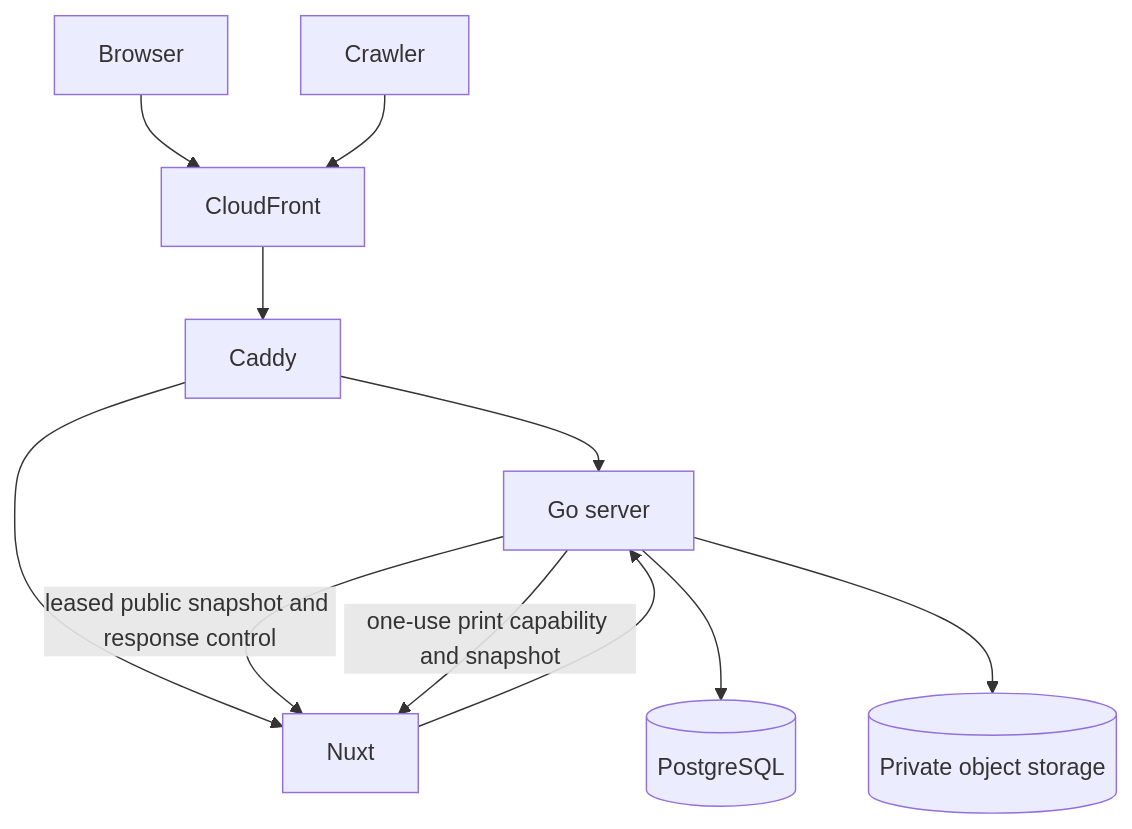
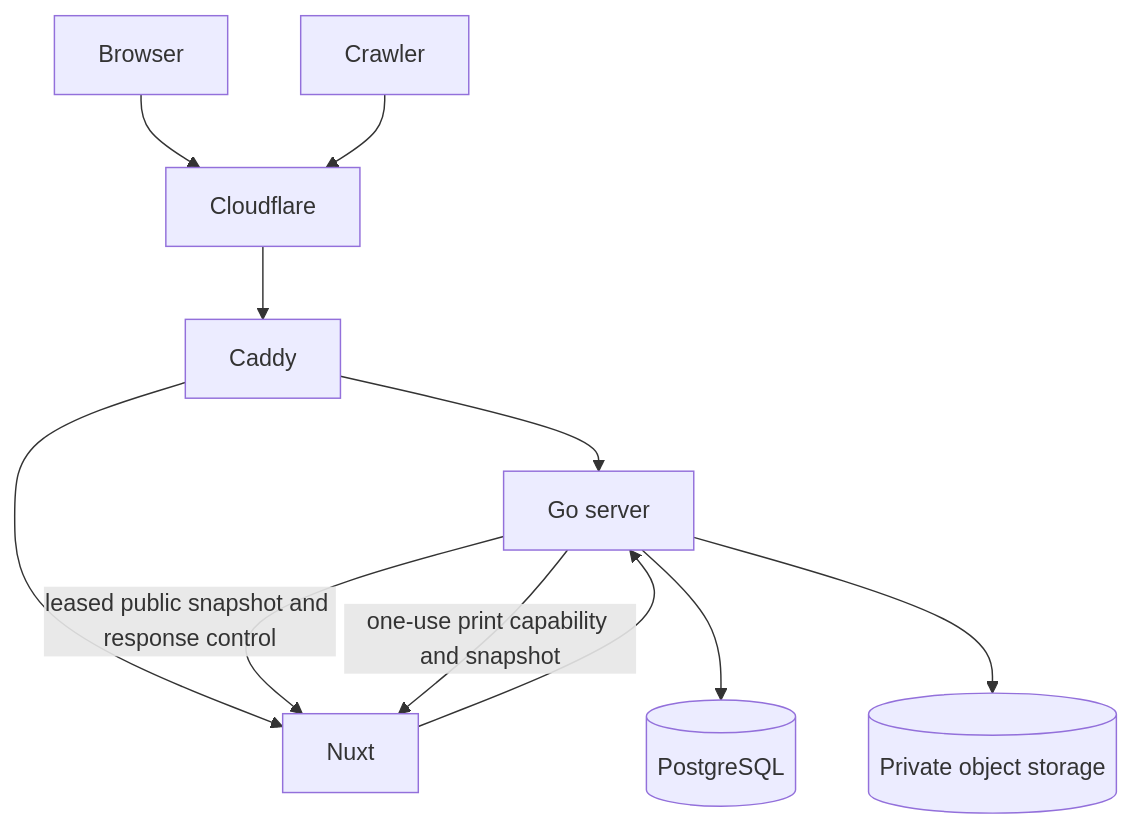
The diagram in docs/design/system.md (dannyota/aboutme), drawn with Mermaid before and after one commit. The commit also changed other lines of this file and 15 other files, not shown here.

````diff
--- a/docs/design/system.md
+++ b/docs/design/system.md
@@ -17,13 +17,13 @@
 ```mermaid
 graph TD
-    U[Browser] --> CF[CloudFront]
+    U[Browser] --> CF[Cloudflare]
     R[Crawler] --> CF
     CF --> CA[Caddy]
     CA --> GO[Go server]
     CA --> NX[Nuxt]
     GO -->|leased public snapshot and response control| NX
     NX --> GO
     GO --> PG[(PostgreSQL)]
     GO --> OS[(Private object storage)]
     GO -->|one-use print capability and snapshot| NX
 ```
````
